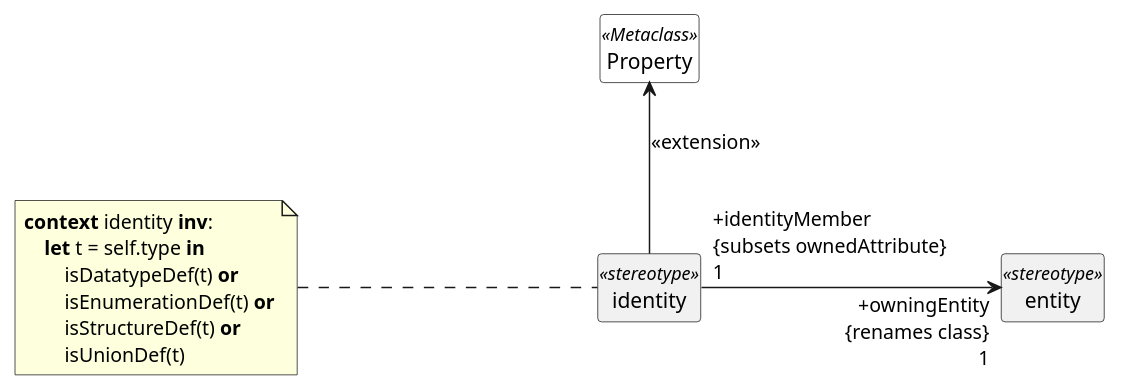
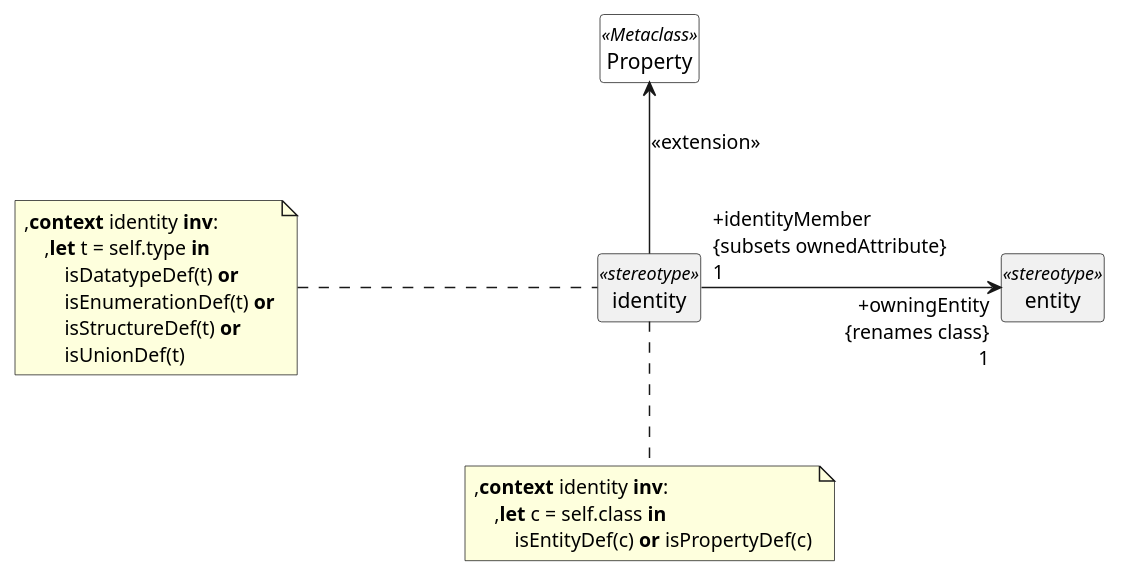
Before and after one commit to sdm-lang/tree-sitter-sdml: diagram 11 of 21 in docs/uml-profile.org, drawn with PlantUML. The commit also changed other lines of this file and 29 other files, not shown here.

```diff
--- a/docs/uml-profile.org
+++ b/docs/uml-profile.org
@@ -393,25 +394,31 @@
 #+BEGIN_SRC plantuml :file uml-profile-identity-members.svg
 skinparam backgroundColor transparent
 skinparam style strictuml
 skinparam linetype polyline
 skinparam nodesep 200
 
 hide circle
 hide members
 
 class entity <<stereotype>> {}
 class Property <<Metaclass>> #white {}
 
 class identity <<stereotype>> {}
 identity -up-> Property: <<extension>>
 identity "+identityMember\l{subsets ownedAttribute}\n1" --right--> "+owningEntity\r{renames class}\n1" entity
 
 note left of identity
-**context** identity **inv**:
-    **let** t = self.type **in**
+,**context** identity **inv**:
+    ,**let** t = self.type **in**
         isDatatypeDef(t) **or**
         isEnumerationDef(t) **or**
         isStructureDef(t) **or**
         isUnionDef(t)
 end note
+
+note bottom of identity
+,**context** identity **inv**:
+    ,**let** c = self.class **in**
+        isEntityDef(c) **or** isPropertyDef(c)
+end note
 #+END_SRC
```
